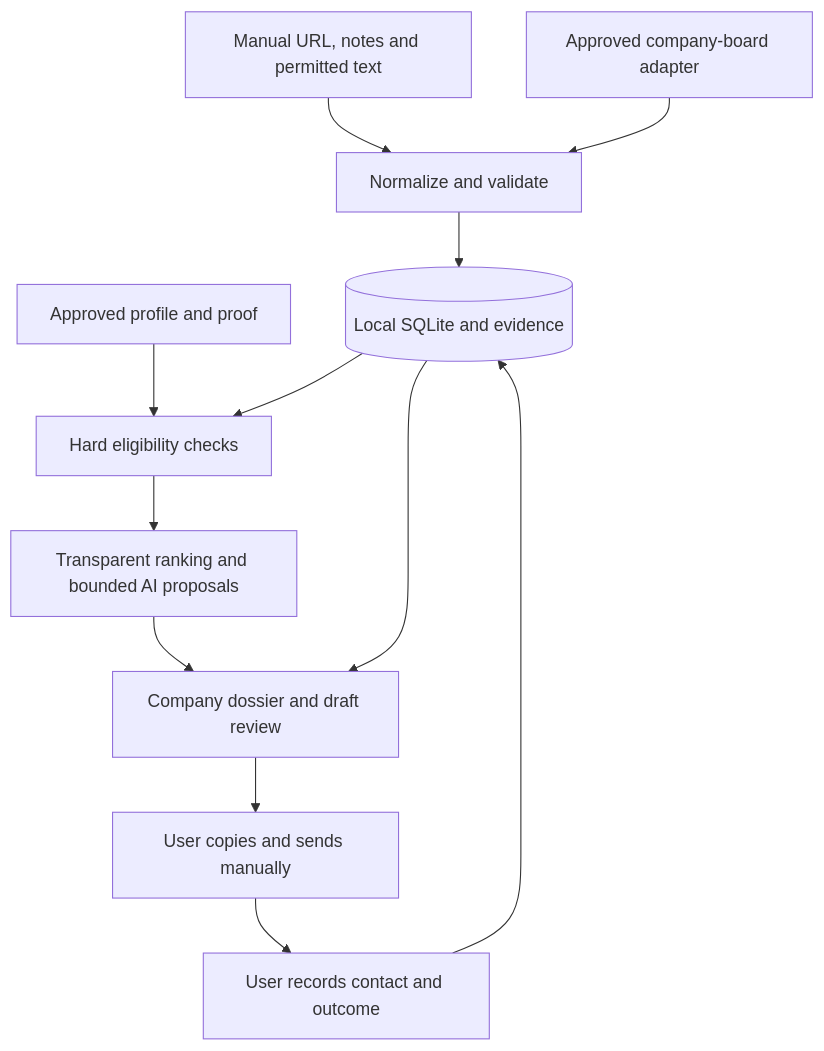
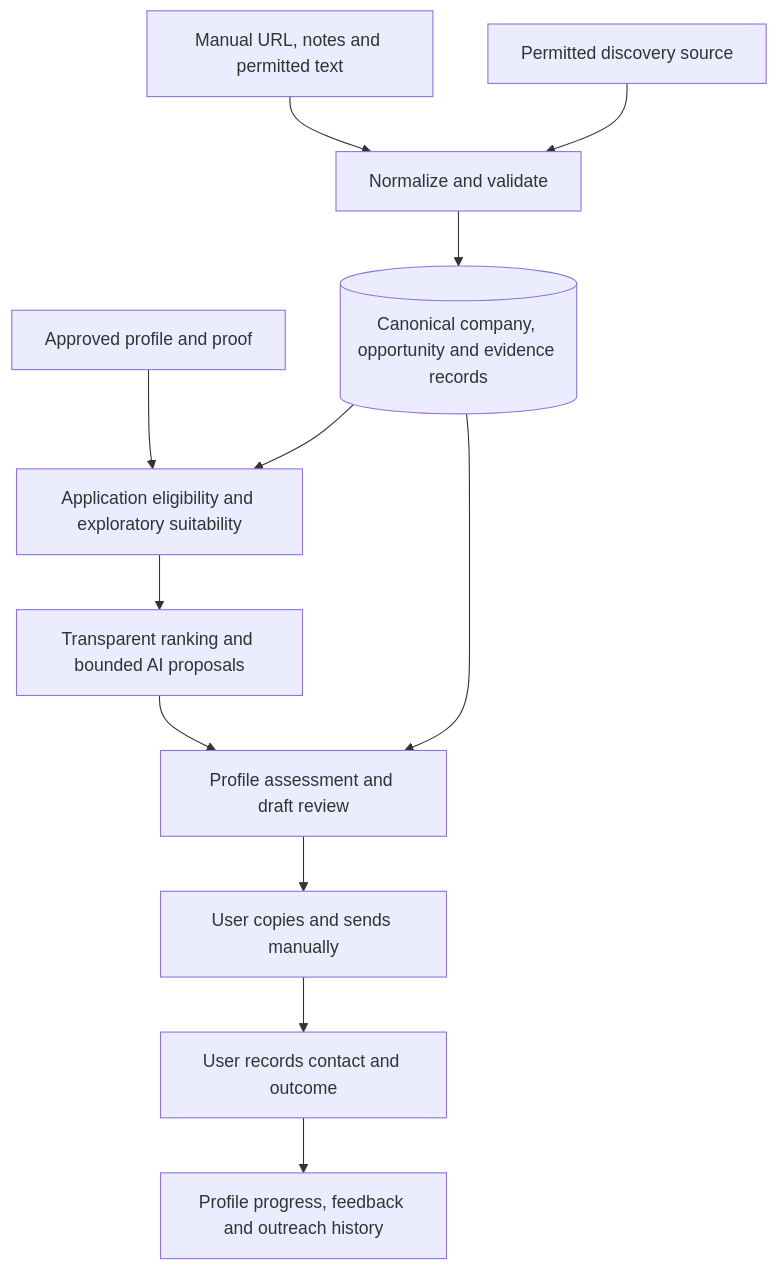
The diagram in docs/PRD.md (maybemnv/jobmaxxing), drawn with Mermaid before and after one commit. The commit also changed other lines of this file, not shown here.

Commit message:
docs: center MVP on founder discovery

````diff
--- a/docs/PRD.md
+++ b/docs/PRD.md
@@ -236,14 +252,14 @@
 ```mermaid
 flowchart TD
     M[Manual URL, notes and permitted text] --> N[Normalize and validate]
-    A[Approved company-board adapter] --> N
-    N --> DB[(Local SQLite and evidence)]
-    P[Approved profile and proof] --> Q[Hard eligibility checks]
+    A[Permitted discovery source] --> N
+    N --> DB[(Canonical company, opportunity and evidence records)]
+    P[Approved profile and proof] --> Q[Application eligibility and exploratory suitability]
     DB --> Q
     Q --> R[Transparent ranking and bounded AI proposals]
-    R --> V[Company dossier and draft review]
+    R --> V[Profile assessment and draft review]
     DB --> V
     V --> C[User copies and sends manually]
     C --> E[User records contact and outcome]
-    E --> DB
+    E --> U[Profile progress, feedback and outreach history]
 ```
````
